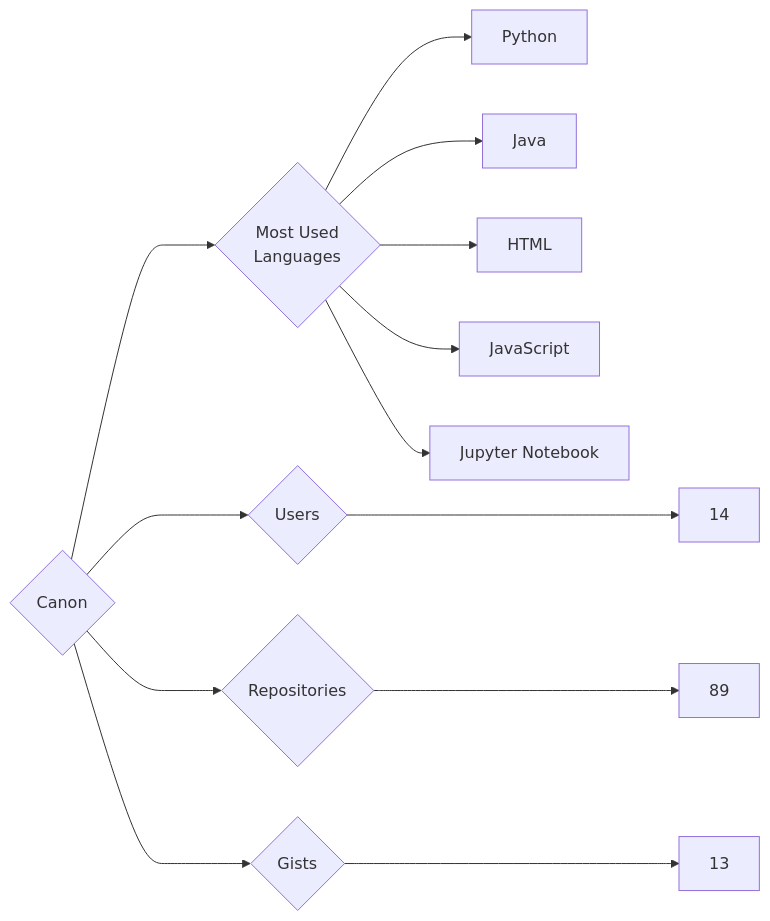
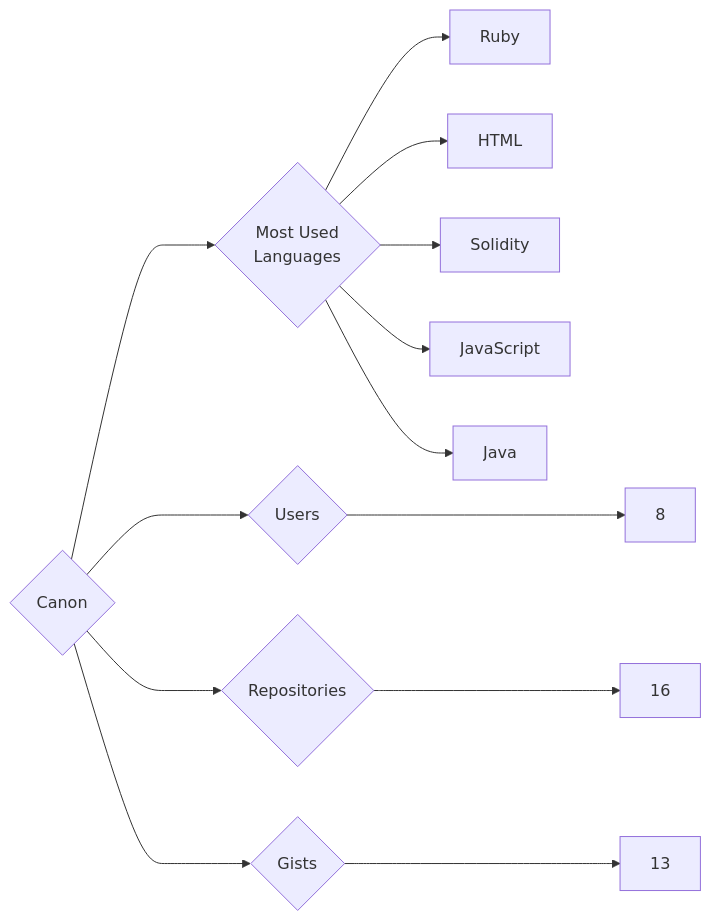
Before and after one commit to trickest/insiders: the diagram in targets/Canon/README.md, drawn with Mermaid. The commit also changed 1141 other files, not shown here.

````diff
--- a/targets/Canon/README.md
+++ b/targets/Canon/README.md
@@ -3,13 +3,13 @@
 ```mermaid
 graph LR
 COMPANY_NAME{Canon}
-COMPANY_NAME ---> U{Users} ---> UN[14]
-COMPANY_NAME ---> R{Repositories} ---> RN[89]
+COMPANY_NAME ---> U{Users} ---> UN[8]
+COMPANY_NAME ---> R{Repositories} ---> RN[16]
 COMPANY_NAME ---> G{Gists} ---> GN[13]
 COMPANY_NAME ---> ML{Most Used<br>Languages}
-ML --> Python[Python]
+ML --> Ruby[Ruby]
+ML --> HTML[HTML]
+ML --> Solidity[Solidity]
+ML --> JavaScript[JavaScript]
 ML --> Java[Java]
-ML --> HTML[HTML]
-ML --> JavaScript[JavaScript]
-ML --> Jupyter_Notebook[Jupyter Notebook]
 ```
````
